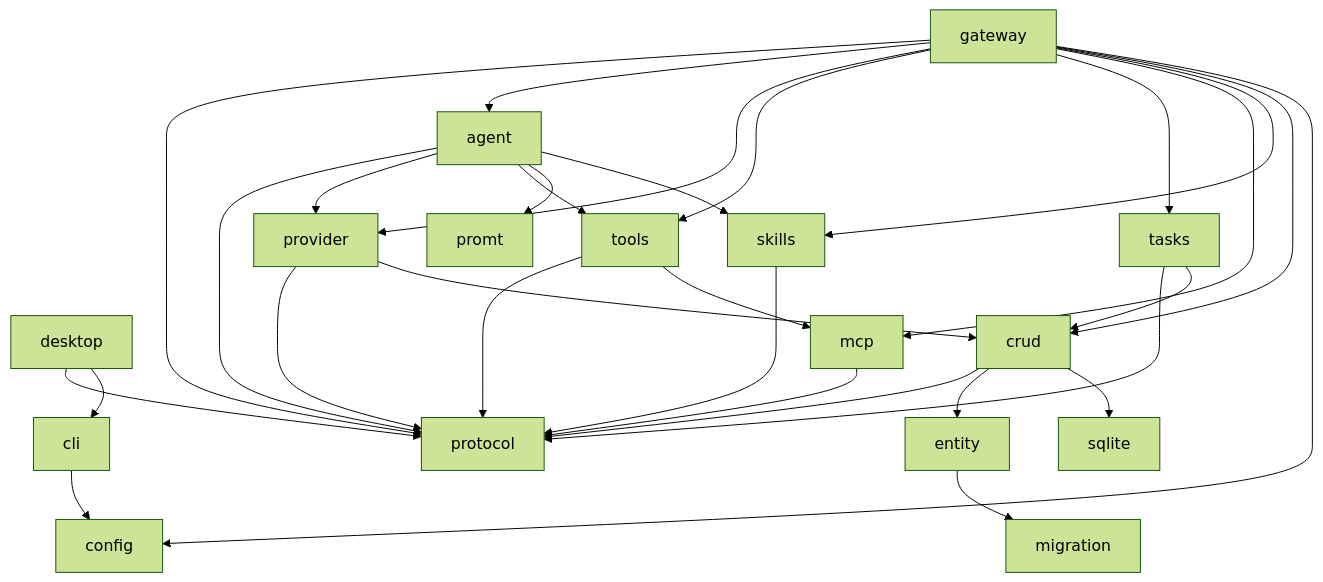
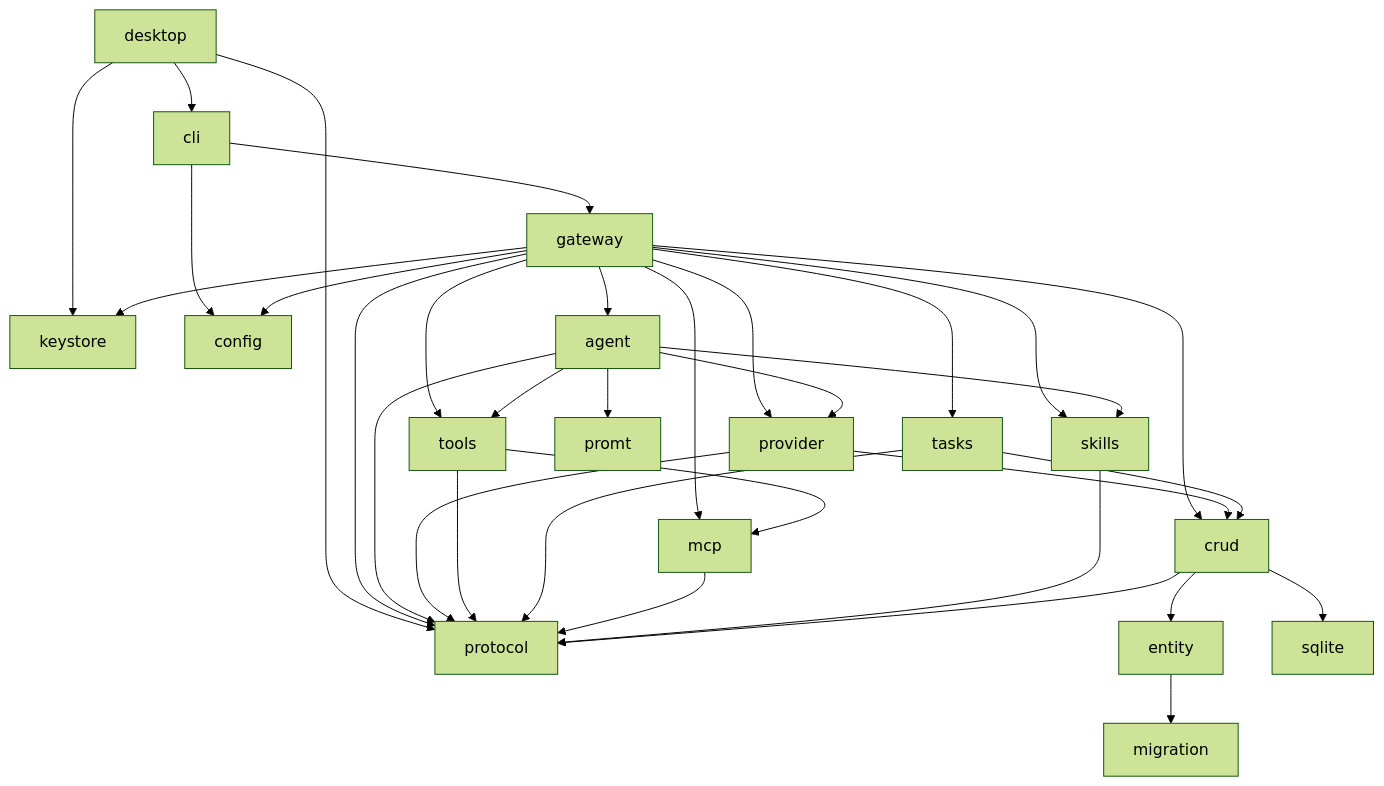
One commit to pioneerdotai/docs changed the diagram in architecture/crates.mdx. Above: the diagram before and after it, drawn with Mermaid (forest theme). The commit also changed other lines of this file and 23 other files, not shown here.

````diff
--- a/architecture/crates.mdx
+++ b/architecture/crates.mdx
@@ -39,36 +40,39 @@
 ```mermaid
 flowchart TB
   Desktop["desktop"] --> Protocol["protocol"]
   Desktop --> CLI["cli"]
+  Desktop --> Keystore["keystore"]
   CLI --> Config["config"]
+  CLI --> Gateway
 
   Gateway["gateway"] --> Protocol
   Gateway --> Agent["agent"]
   Gateway --> Provider["provider"]
   Gateway --> Tools["tools"]
   Gateway --> Tasks["tasks"]
   Gateway --> MCP["mcp"]
   Gateway --> Skills["skills"]
   Gateway --> CRUD["crud"]
   Gateway --> Config
+  Gateway --> Keystore
 
   Agent --> Protocol
   Agent --> Provider
   Agent --> Tools
   Agent --> Prompt["promt"]
   Agent --> Skills
 
   Provider --> Protocol
   Provider --> CRUD
   Tools --> Protocol
   Tools --> MCP
   Tasks --> Protocol
   Tasks --> CRUD
   MCP --> Protocol
   Skills --> Protocol
 
   CRUD --> Protocol
   CRUD --> Entity["entity"]
   CRUD --> SQLite["sqlite"]
   Entity --> Migration["migration"]
 ```
````
